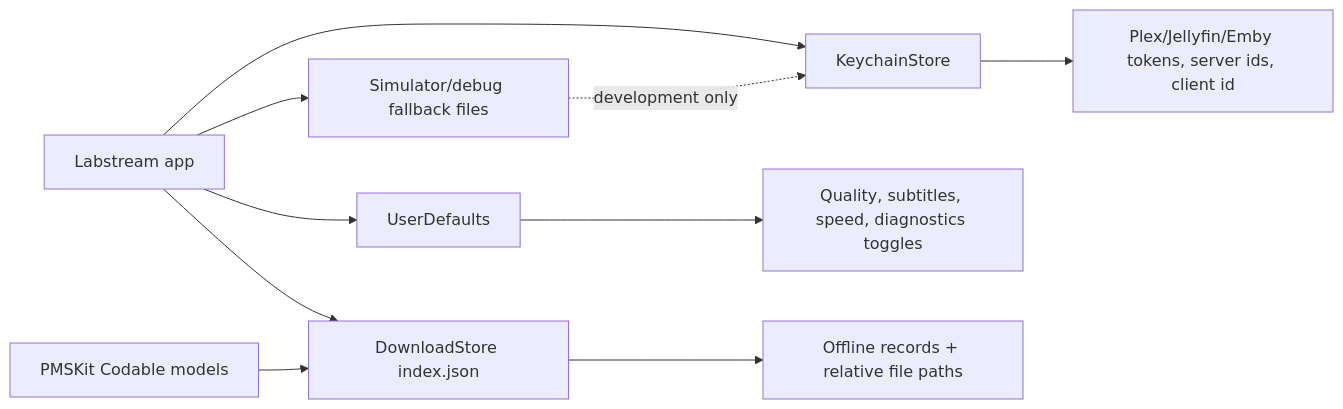
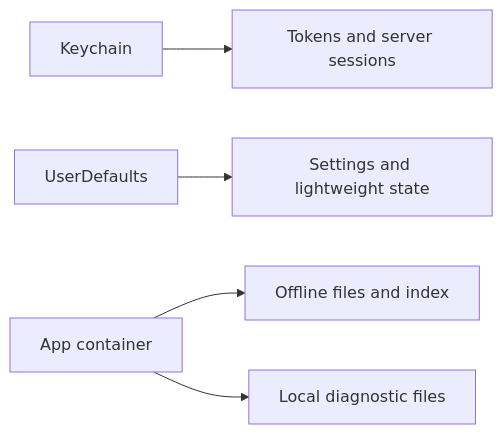
The diagram in docs/PERSISTENCE.md (jlipworth/Labstream), drawn with Mermaid before and after one commit. The commit also changed other lines of this file and 20 other files, not shown here.

````diff
--- a/docs/PERSISTENCE.md
+++ b/docs/PERSISTENCE.md
@@ -17,14 +5,7 @@
 ```mermaid
 flowchart LR
-  App[Labstream app] --> Keychain[KeychainStore]
-  App --> Defaults[UserDefaults]
-  App --> DownloadStore[DownloadStore index.json]
-  App --> DevFallback[Simulator/debug fallback files]
-
-  Keychain --> Secrets[Plex/Jellyfin/Emby tokens, server ids, client id]
-  Defaults --> Prefs[Quality, subtitles, speed, diagnostics toggles]
-  DownloadStore --> Offline[Offline records + relative file paths]
-  DevFallback -. development only .-> Keychain
-
-  PMSKit[PMSKit Codable models] --> DownloadStore
+  Keychain[Keychain] --> Secrets[Tokens and server sessions]
+  Defaults[UserDefaults] --> Prefs[Settings and lightweight state]
+  Container[App container] --> Downloads[Offline files and index]
+  Container --> Diagnostics[Local diagnostic files]
 ```
````
